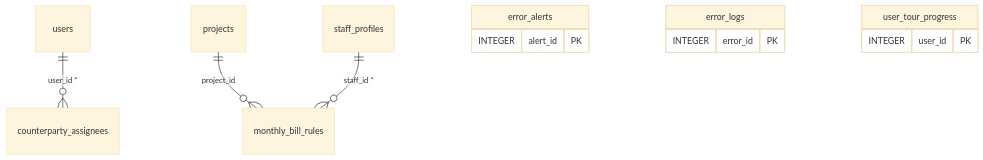
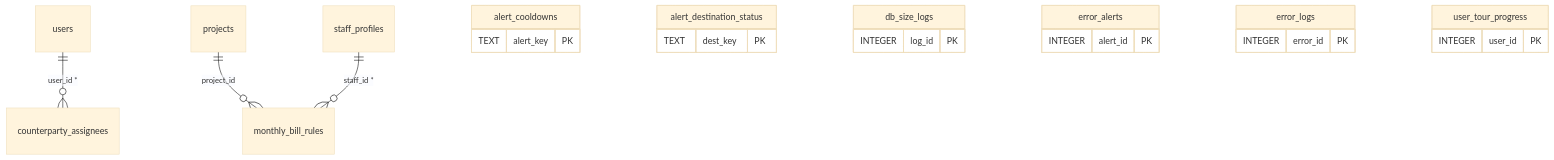
Diagram 11 of 11 in docs/db.md (daichi763/MBsaas), drawn with Mermaid (base theme) before and after one commit. The commit also changed other lines of this file and 18 other files, not shown here.

````diff
--- a/docs/db.md
+++ b/docs/db.md
@@ -457,15 +457,24 @@
 ```mermaid
 erDiagram
   users ||--o{ counterparty_assignees : "user_id *"
   projects ||--o{ monthly_bill_rules : "project_id"
   staff_profiles ||--o{ monthly_bill_rules : "staff_id *"
+  alert_cooldowns {
+    TEXT alert_key PK
+  }
+  alert_destination_status {
+    TEXT dest_key PK
+  }
+  db_size_logs {
+    INTEGER log_id PK
+  }
   error_alerts {
     INTEGER alert_id PK
   }
   error_logs {
     INTEGER error_id PK
   }
   user_tour_progress {
     INTEGER user_id PK
   }
 ```
````
